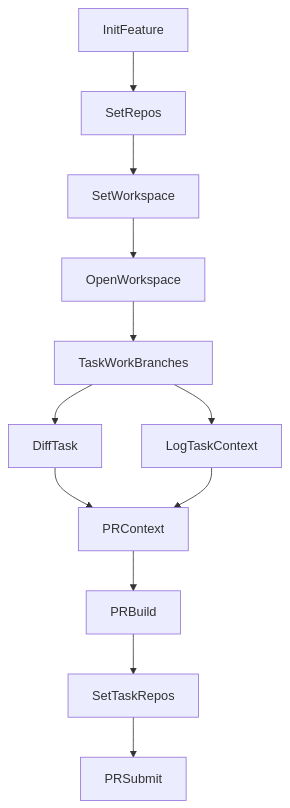
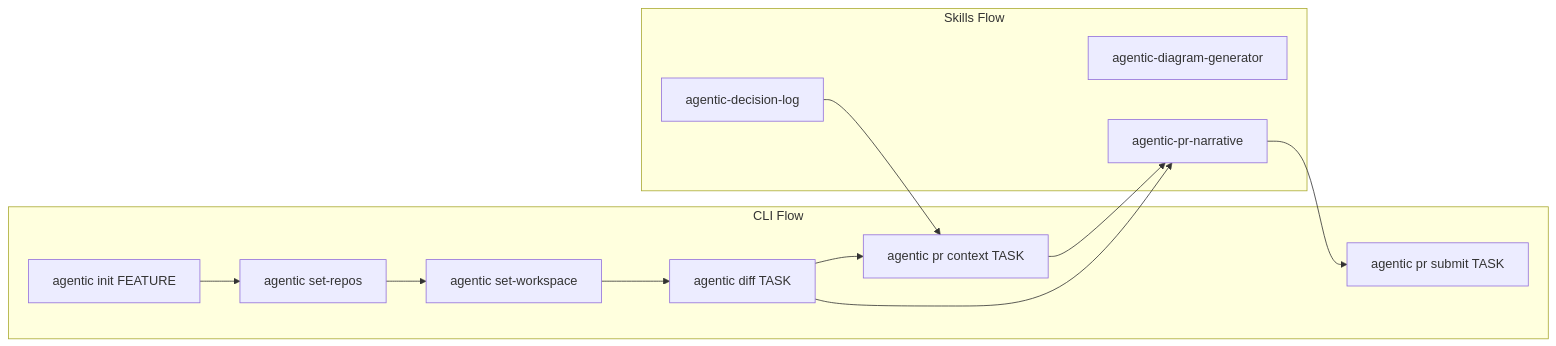
One commit to poc-federated-patterns/agentic-lite changed the diagram in README.md. Above: the diagram before and after it, drawn with Mermaid. The commit also changed other lines of this file and 5 other files, not shown here.

Commit message:
new diagram skill

````diff
--- a/README.md
+++ b/README.md
@@ -32,14 +28,19 @@
 ```mermaid
-flowchart TD
-  initFeature[InitFeature] --> setRepos[SetRepos]
-  setRepos --> setWorkspace[SetWorkspace]
-  setWorkspace --> openWorkspace[OpenWorkspace]
-  openWorkspace --> taskWork[TaskWorkBranches]
-  taskWork --> captureDiffs[DiffTask]
-  taskWork --> addContext[LogTaskContext]
-  captureDiffs --> buildContext[PRContext]
-  addContext --> buildContext
-  buildContext --> buildPR[PRBuild]
-  buildPR --> taskRepos[SetTaskRepos]
-  taskRepos --> submitPRs[PRSubmit]
+flowchart LR
+  subgraph cliFlow [CLI Flow]
+    init[agentic init FEATURE] --> repos[agentic set-repos]
+    repos --> workspace[agentic set-workspace]
+    workspace --> diff[agentic diff TASK]
+    diff --> context[agentic pr context TASK]
+    submit[agentic pr submit TASK]
+  end
+  subgraph skillsFlow [Skills Flow]
+    diagram[agentic-diagram-generator]
+    decision[agentic-decision-log]
+    narrative[agentic-pr-narrative]
+  end
+  context --> narrative
+  diff --> narrative
+  narrative --> submit
+  decision --> context
 ```
````
